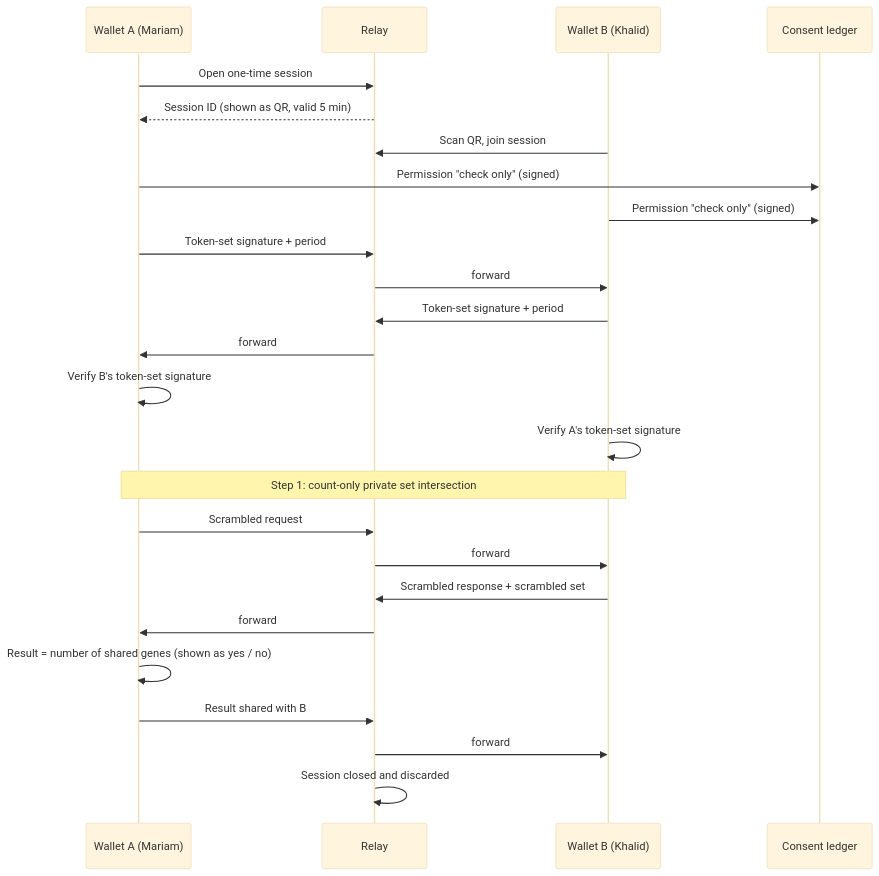
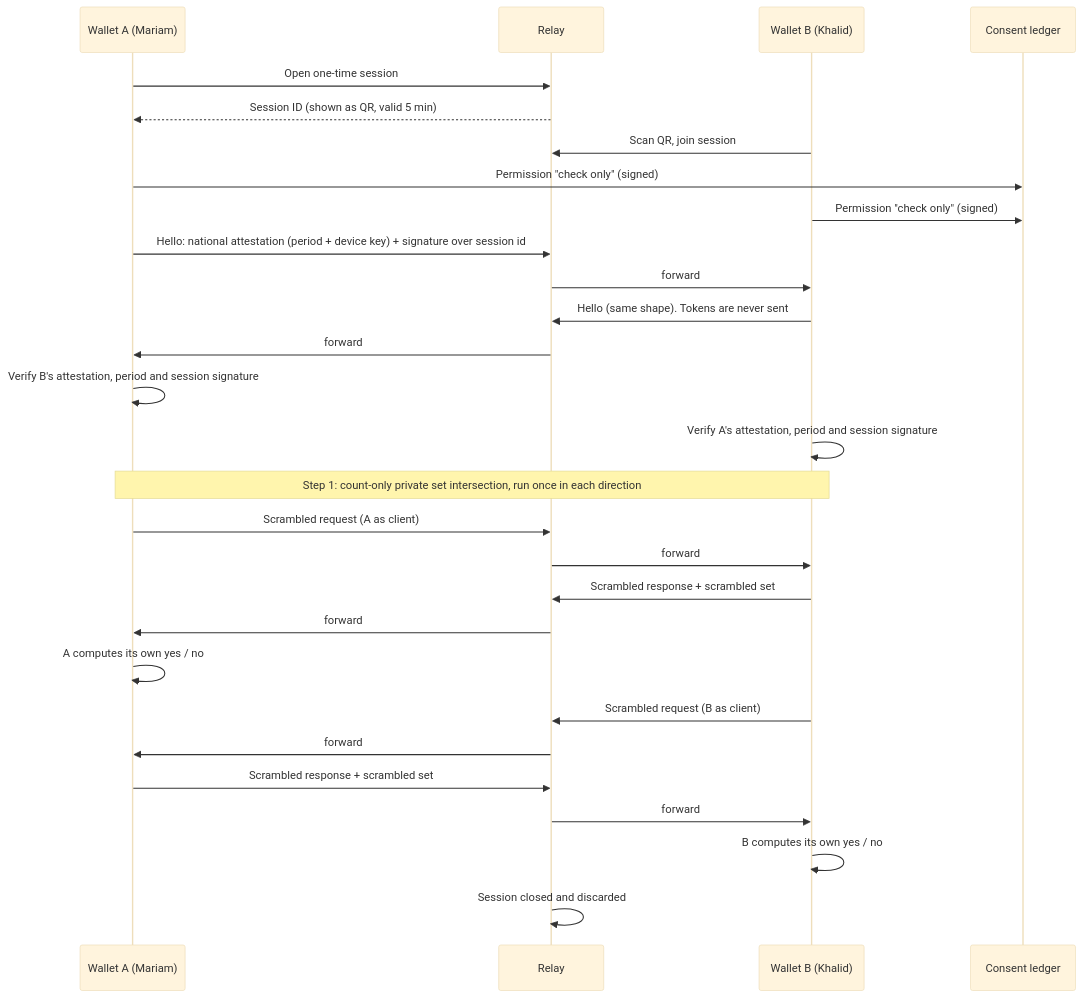
Before and after one commit to TavishAgarwal/Amana: the third of 4 diagrams in docs/architecture.md, drawn with Mermaid (base theme). The commit also changed other lines of this file and 10 other files, not shown here.

````diff
--- a/docs/architecture.md
+++ b/docs/architecture.md
@@ -117,27 +117,30 @@
 ```mermaid
 sequenceDiagram
   participant A as Wallet A (Mariam)
   participant R as Relay
   participant B as Wallet B (Khalid)
   participant L as Consent ledger
   A->>R: Open one-time session
   R-->>A: Session ID (shown as QR, valid 5 min)
   B->>R: Scan QR, join session
   A->>L: Permission "check only" (signed)
   B->>L: Permission "check only" (signed)
-  A->>R: Token-set signature + period
+  A->>R: Hello: national attestation (period + device key) + signature over session id
   R->>B: forward
-  B->>R: Token-set signature + period
+  B->>R: Hello (same shape). Tokens are never sent
   R->>A: forward
-  A->>A: Verify B's token-set signature
-  B->>B: Verify A's token-set signature
-  Note over A,B: Step 1: count-only private set intersection
-  A->>R: Scrambled request
+  A->>A: Verify B's attestation, period and session signature
+  B->>B: Verify A's attestation, period and session signature
+  Note over A,B: Step 1: count-only private set intersection, run once in each direction
+  A->>R: Scrambled request (A as client)
   R->>B: forward
   B->>R: Scrambled response + scrambled set
   R->>A: forward
-  A->>A: Result = number of shared genes (shown as yes / no)
-  A->>R: Result shared with B
+  A->>A: A computes its own yes / no
+  B->>R: Scrambled request (B as client)
+  R->>A: forward
+  A->>R: Scrambled response + scrambled set
   R->>B: forward
+  B->>B: B computes its own yes / no
   R->>R: Session closed and discarded
 ```
````
